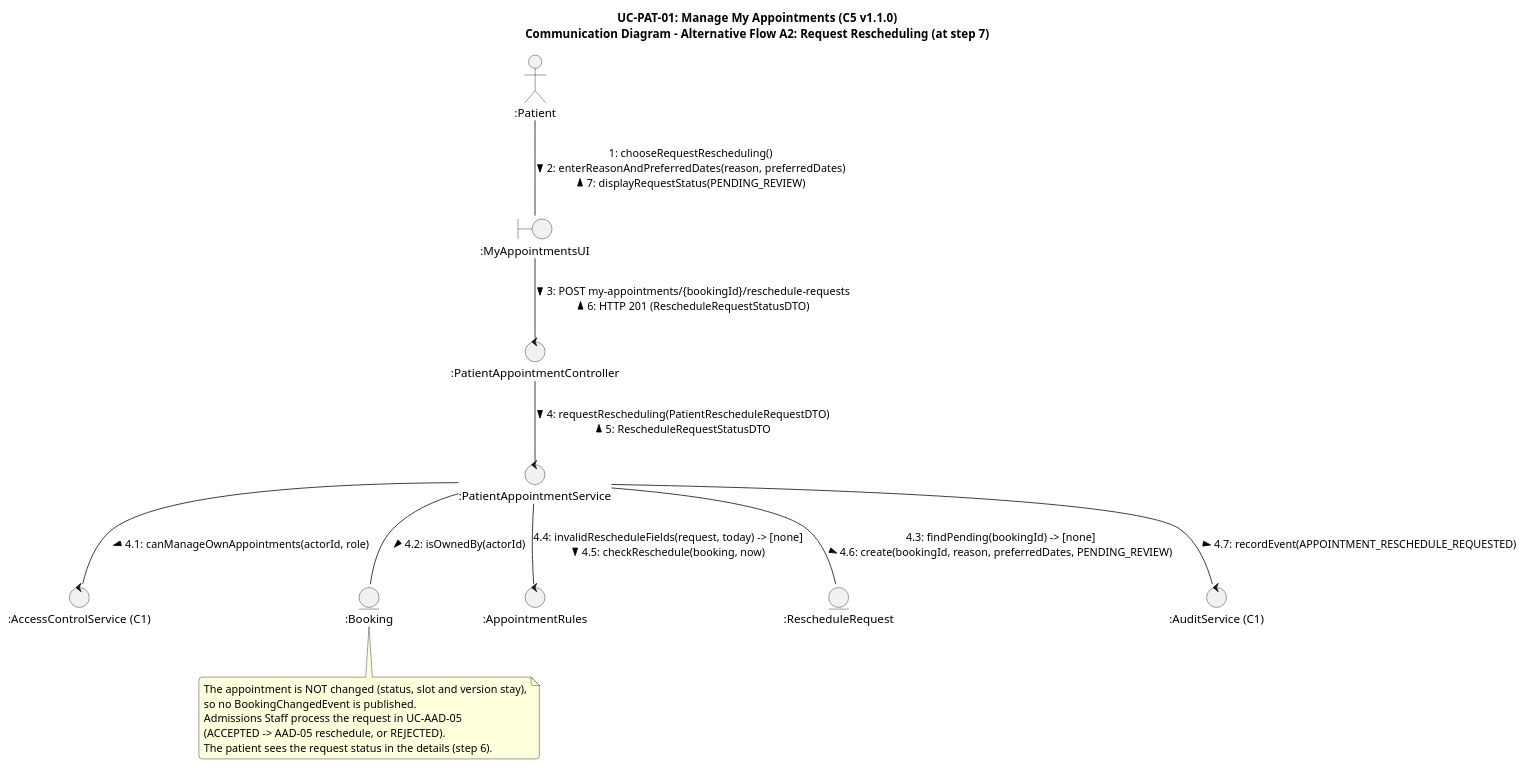
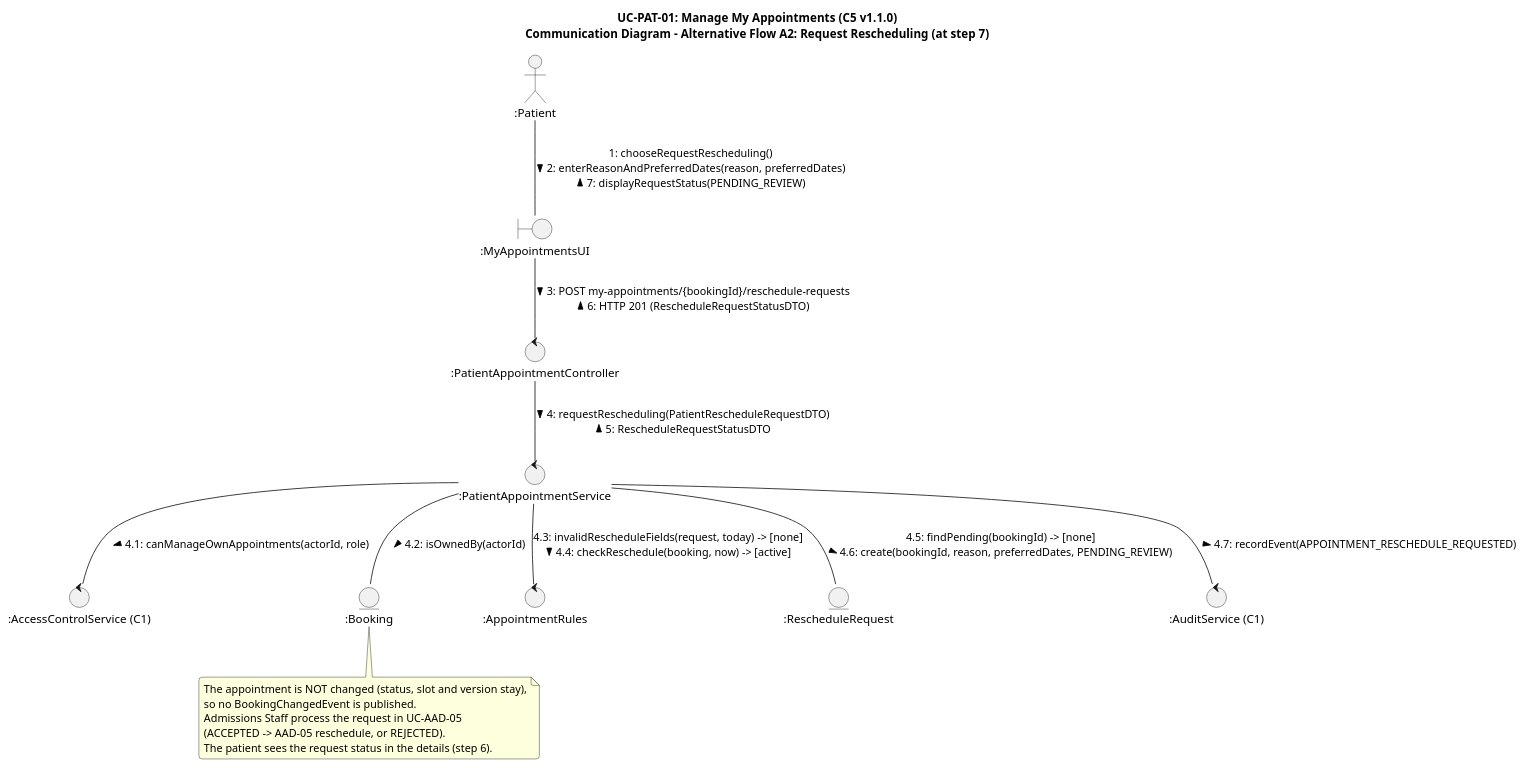
One commit to paticama/ISO26-ISO2-A1.01 changed the diagram in docs/diagrams/UC-PAT-01/uc-pat-01-comm-alt-a2.puml. Above: the diagram before and after it, drawn with PlantUML. The commit also changed 7 other files, not shown here.

First line of the commit message:
docs(admissions): align UC-PAT-01 design diagrams with the server slice (C5 v1.1.0)

```diff
--- a/docs/diagrams/UC-PAT-01/uc-pat-01-comm-alt-a2.puml
+++ b/docs/diagrams/UC-PAT-01/uc-pat-01-comm-alt-a2.puml
@@ -1,41 +1,41 @@
 @startuml uc-pat-01-comm-alt-a2
 skinparam backgroundColor #FFFFFF
 skinparam shadowing false
 skinparam roundcorner 8
 
 title UC-PAT-01: Manage My Appointments (C5 v1.1.0)\nCommunication Diagram - Alternative Flow A2: Request Rescheduling (at step 7)
 
 actor ":Patient" as pat
 boundary ":MyAppointmentsUI" as ui
 control ":PatientAppointmentController" as ctrl
 control ":PatientAppointmentService" as srv
 control ":AccessControlService (C1)" as c1
 entity ":Booking" as booking
 control ":AppointmentRules" as rules
 entity ":RescheduleRequest" as req
 control ":AuditService (C1)" as audit
 
 pat -- ui : 1: chooseRequestRescheduling()\n2: enterReasonAndPreferredDates(reason, preferredDates) >\n< 7: displayRequestStatus(PENDING_REVIEW)
 
 ui -- ctrl : 3: POST my-appointments/{bookingId}/reschedule-requests >\n< 6: HTTP 201 (RescheduleRequestStatusDTO)
 
 ctrl -- srv : 4: requestRescheduling(PatientRescheduleRequestDTO) >\n< 5: RescheduleRequestStatusDTO
 
 srv -- c1 : 4.1: canManageOwnAppointments(actorId, role) >
 
 srv -- booking : 4.2: isOwnedBy(actorId) >
 
-srv -- req : 4.3: findPending(bookingId) -> [none]\n4.6: create(bookingId, reason, preferredDates, PENDING_REVIEW) >
+srv -- req : 4.5: findPending(bookingId) -> [none]\n4.6: create(bookingId, reason, preferredDates, PENDING_REVIEW) >
 
-srv -- rules : 4.4: invalidRescheduleFields(request, today) -> [none]\n4.5: checkReschedule(booking, now) >
+srv -- rules : 4.3: invalidRescheduleFields(request, today) -> [none]\n4.4: checkReschedule(booking, now) -> [active] >
 
 srv -- audit : 4.7: recordEvent(APPOINTMENT_RESCHEDULE_REQUESTED) >
 
 note bottom of booking
   The appointment is NOT changed (status, slot and version stay),
   so no BookingChangedEvent is published.
   Admissions Staff process the request in UC-AAD-05
   (ACCEPTED -> AAD-05 reschedule, or REJECTED).
   The patient sees the request status in the details (step 6).
 end note
 @enduml
```
